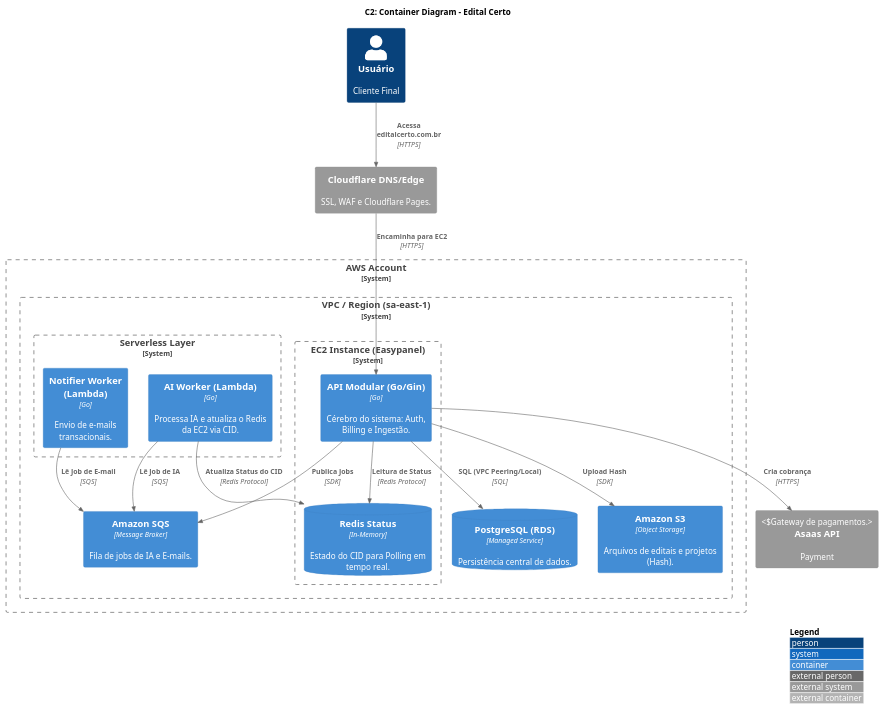
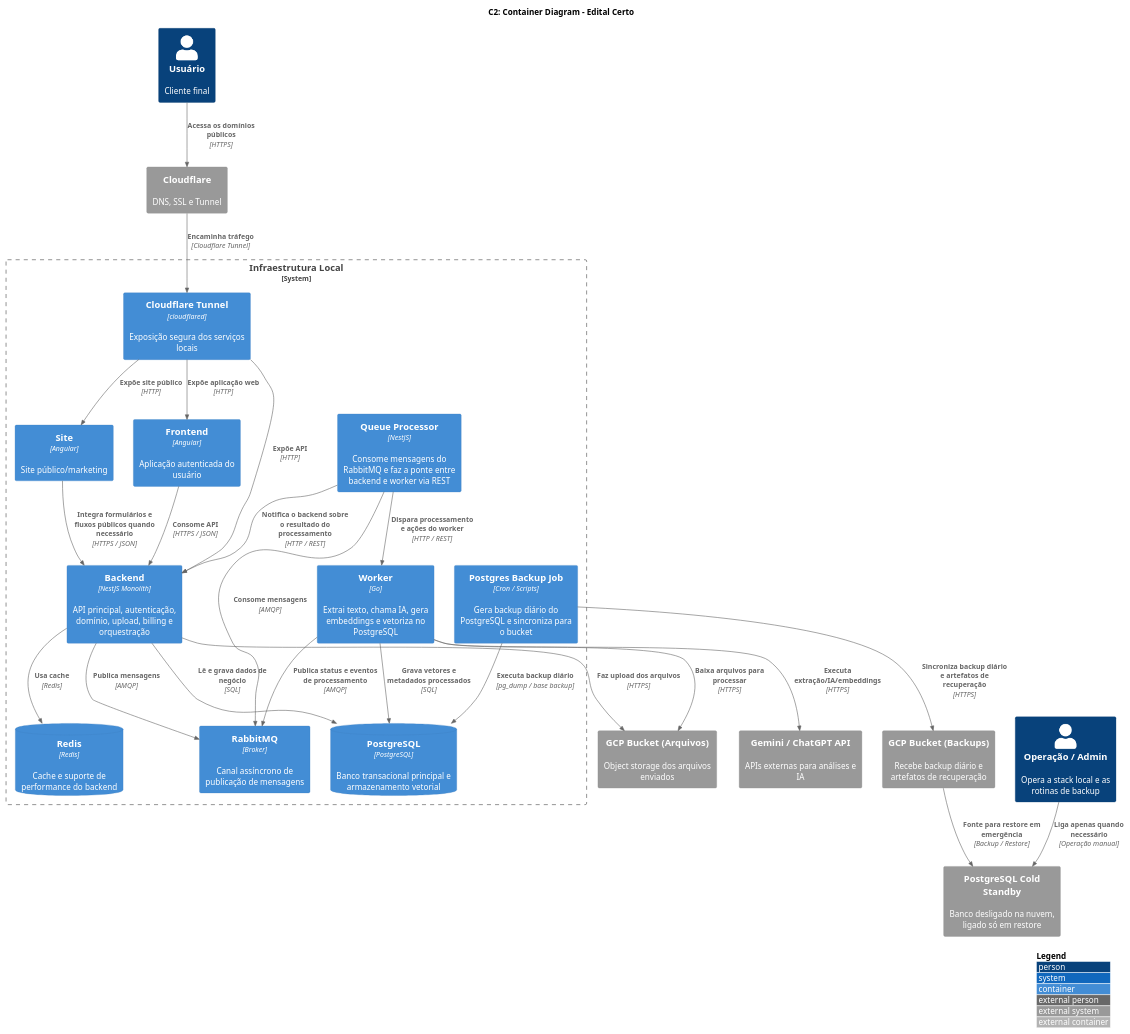
Before and after one commit to matheus-aloisio-lehnen/edital-certo-backend: the diagram in docs/architecture/c2_container.puml, drawn with PlantUML. The commit also changed 188 other files, not shown here.

```diff
--- a/docs/architecture/c2_container.puml
+++ b/docs/architecture/c2_container.puml
@@ -1,51 +1,60 @@
 @startuml
 !include https://raw.githubusercontent.com/plantuml-stdlib/C4-PlantUML/master/C4_Container.puml
 
 LAYOUT_WITH_LEGEND()
 
 title "C2: Container Diagram - Edital Certo"
 
-Person(user, "Usuário", "Cliente Final")
+Person(user, "Usuário", "Cliente final")
+Person(ops, "Operação / Admin", "Opera a stack local e as rotinas de backup")
 
-System_Ext(cloudflare_dns, "Cloudflare DNS/Edge", "SSL, WAF e Cloudflare Pages.")
+System_Ext(cloudflare, "Cloudflare", "DNS, SSL e Tunnel")
+System_Ext(ai_api, "Gemini / ChatGPT API", "APIs externas para análises e IA")
+System_Ext(gcp_files, "GCP Bucket (Arquivos)", "Object storage dos arquivos enviados")
+System_Ext(gcp_backup, "GCP Bucket (Backups)", "Recebe backup diário e artefatos de recuperação")
+System_Ext(cold_db, "PostgreSQL Cold Standby", "Banco desligado na nuvem, ligado só em restore")
 
-System_Boundary(aws_account, "AWS Account") {
+System_Boundary(local_stack, "Infraestrutura Local") {
+    Container(site, "Site", "Angular", "Site público/marketing")
+    Container(frontend, "Frontend", "Angular", "Aplicação autenticada do usuário")
+    Container(tunnel, "Cloudflare Tunnel", "cloudflared", "Exposição segura dos serviços locais")
 
-    System_Boundary(vpc_region, "VPC / Region (sa-east-1)") {
+    Container(api, "Backend", "NestJS Monolith", "API principal, autenticação, domínio, upload, billing e orquestração")
+    Container(queue_processor, "Queue Processor", "NestJS", "Consome mensagens do RabbitMQ e faz a ponte entre backend e worker via REST")
+    Container(worker, "Worker", "Go", "Extrai texto, chama IA, gera embeddings e vetoriza no PostgreSQL")
 
-        System_Boundary(ec2_vm, "EC2 Instance (Easypanel)") {
-            Container(api, "API Modular (Go/Gin)", "Go", "Cérebro do sistema: Auth, Billing e Ingestão.")
-            ContainerDb(redis, "Redis Status", "In-Memory", "Estado do CID para Polling em tempo real.")
-        }
-
-        ContainerDb(db_rds, "PostgreSQL (RDS)", "Managed Service", "Persistência central de dados.")
-
-        System_Boundary(serverless, "Serverless Layer") {
-            Container(ai_worker, "AI Worker (Lambda)", "Go", "Processa IA e atualiza o Redis da EC2 via CID.")
-            Container(notifier_worker, "Notifier Worker (Lambda)", "Go", "Envio de e-mails transacionais.")
-        }
-
-        Container(sqs, "Amazon SQS", "Message Broker", "Fila de jobs de IA e E-mails.")
-        Container(s3, "Amazon S3", "Object Storage", "Arquivos de editais e projetos (Hash).")
-    }
+    ContainerDb(db, "PostgreSQL", "PostgreSQL", "Banco transacional principal e armazenamento vetorial")
+    ContainerDb(redis, "Redis", "Redis", "Cache e suporte de performance do backend")
+    Container(rabbitmq, "RabbitMQ", "Broker", "Canal assíncrono de publicação de mensagens")
+    Container(backup_job, "Postgres Backup Job", "Cron / Scripts", "Gera backup diário do PostgreSQL e sincroniza para o bucket")
 }
 
-System_Ext(asaas, "Asaas API", "Payment", "Gateway de pagamentos.")
+Rel(user, cloudflare, "Acessa os domínios públicos", "HTTPS")
+Rel(cloudflare, tunnel, "Encaminha tráfego", "Cloudflare Tunnel")
+Rel(tunnel, site, "Expõe site público", "HTTP")
+Rel(tunnel, frontend, "Expõe aplicação web", "HTTP")
+Rel(tunnel, api, "Expõe API", "HTTP")
 
-' Fluxo de Tráfego
-Rel(user, cloudflare_dns, "Acessa editalcerto.com.br", "HTTPS")
-Rel(cloudflare_dns, api, "Encaminha para EC2", "HTTPS")
+Rel(frontend, api, "Consome API", "HTTPS / JSON")
+Rel(site, api, "Integra formulários e fluxos públicos quando necessário", "HTTPS / JSON")
 
-' Comunicação Interna AWS (Baixa Latência)
-Rel(api, db_rds, "SQL (VPC Peering/Local)", "SQL")
-Rel(api, redis, "Leitura de Status", "Redis Protocol")
-Rel(api, s3, "Upload Hash", "SDK")
-Rel(api, sqs, "Publica Jobs", "SDK")
-Rel(api, asaas, "Cria cobrança", "HTTPS")
+Rel(api, db, "Lê e grava dados de negócio", "SQL")
+Rel(api, redis, "Usa cache", "Redis")
+Rel(api, gcp_files, "Faz upload dos arquivos", "HTTPS")
+Rel(api, rabbitmq, "Publica mensagens", "AMQP")
 
-' Workers e Ciclo do CID
-Rel(ai_worker, sqs, "Lê Job de IA", "SQS")
-Rel(ai_worker, redis, "Atualiza Status do CID", "Redis Protocol")
-Rel(notifier_worker, sqs, "Lê Job de E-mail", "SQS")
+Rel(worker, rabbitmq, "Publica status e eventos de processamento", "AMQP")
+Rel(queue_processor, rabbitmq, "Consome mensagens", "AMQP")
+Rel(queue_processor, worker, "Dispara processamento e ações do worker", "HTTP / REST")
+Rel(queue_processor, api, "Notifica o backend sobre o resultado do processamento", "HTTP / REST")
+
+Rel(worker, gcp_files, "Baixa arquivos para processar", "HTTPS")
+Rel(worker, ai_api, "Executa extração/IA/embeddings", "HTTPS")
+Rel(worker, db, "Grava vetores e metadados processados", "SQL")
+
+Rel(backup_job, db, "Executa backup diário", "pg_dump / base backup")
+Rel(backup_job, gcp_backup, "Sincroniza backup diário e artefatos de recuperação", "HTTPS")
+Rel(gcp_backup, cold_db, "Fonte para restore em emergência", "Backup / Restore")
+Rel(ops, cold_db, "Liga apenas quando necessário", "Operação manual")
 
 @enduml
```
